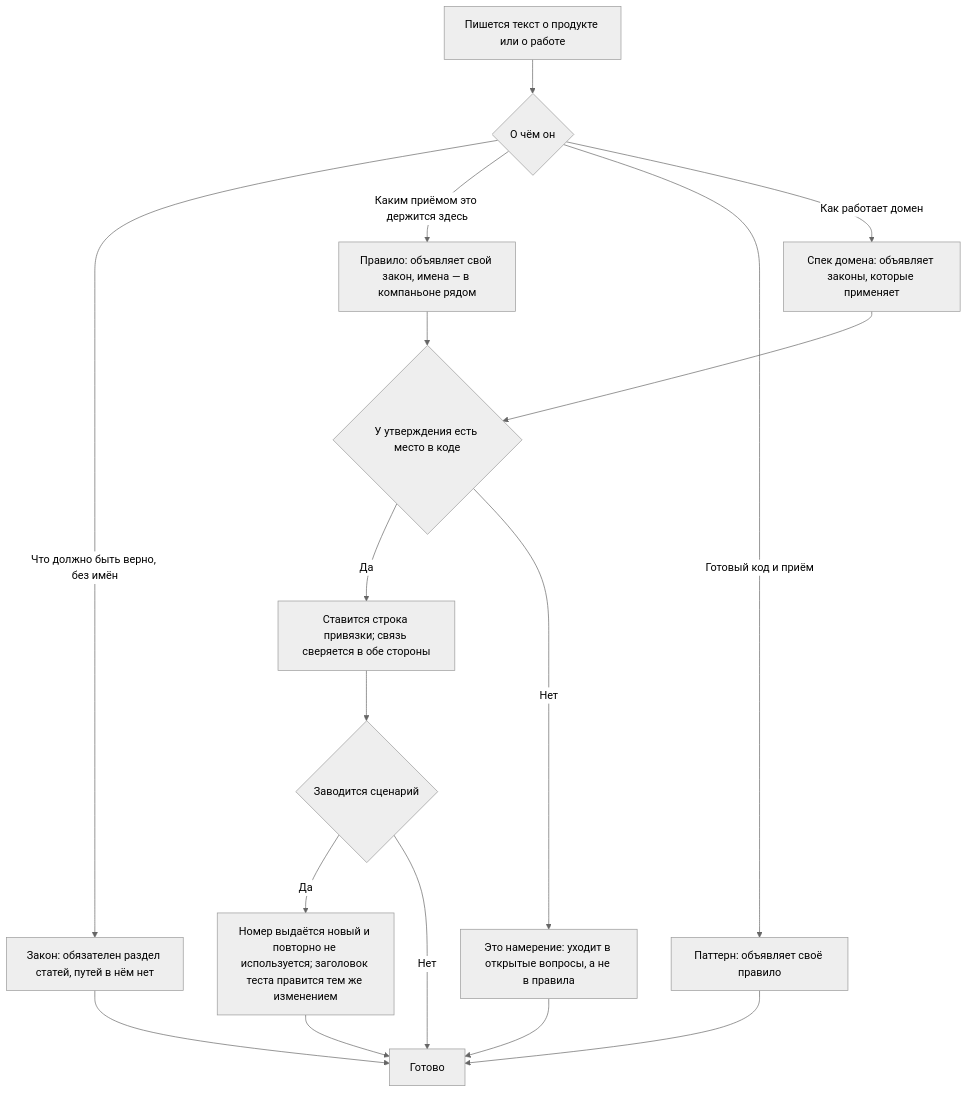
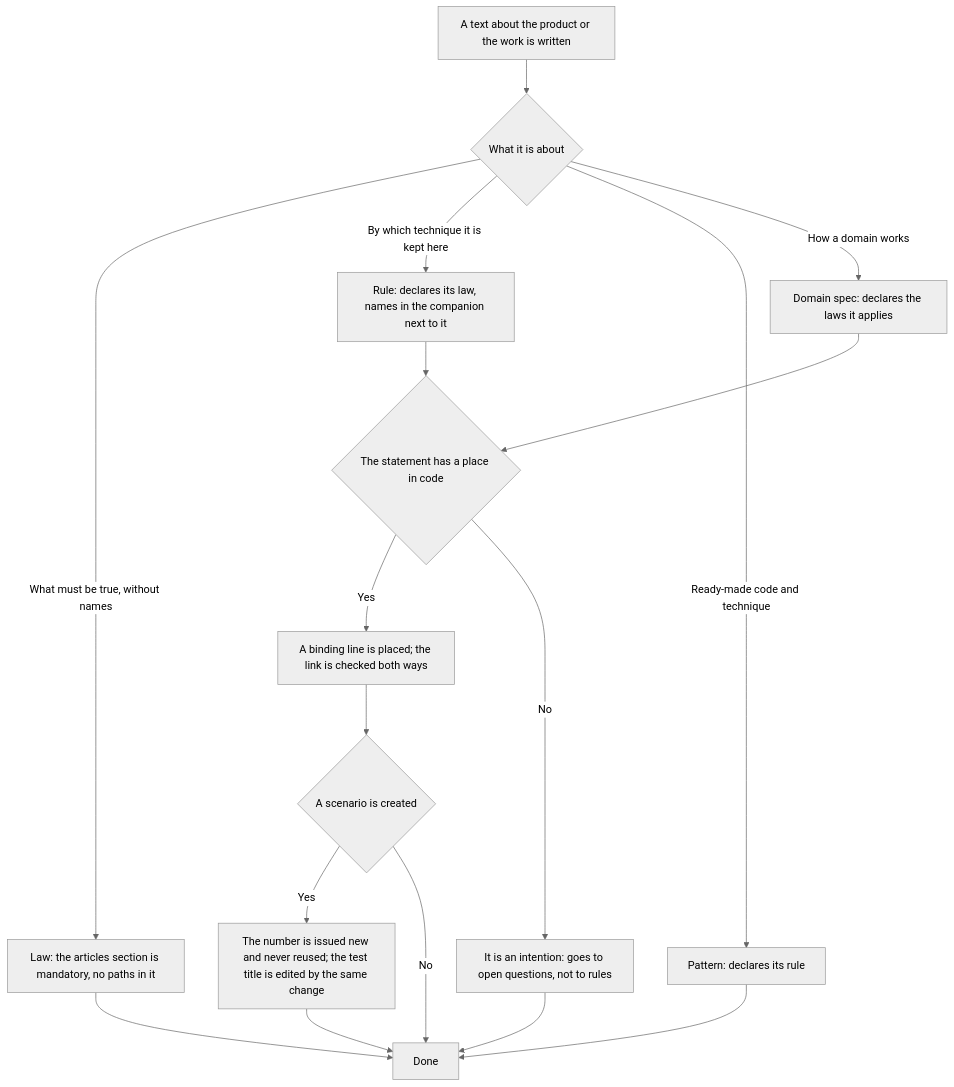
The diagram in .claude/skills/spec-driven/SKILL.md (Eyhenij/rt-tools), drawn with Mermaid (neutral theme) before and after one commit. The commit also changed other lines of this file and 71 other files, not shown here.

````diff
--- a/.claude/skills/spec-driven/SKILL.md
+++ b/.claude/skills/spec-driven/SKILL.md
@@ -69,19 +69,19 @@
 ```mermaid
 flowchart TD
-    A[Пишется текст о продукте или о работе] --> B{О чём он}
-    B -->|Что должно быть верно, без имён| C[Закон: обязателен раздел статей, путей в нём нет]
-    B -->|Каким приёмом это держится здесь| D[Правило: объявляет свой закон, имена — в компаньоне рядом]
-    B -->|Готовый код и приём| E[Паттерн: объявляет своё правило]
-    B -->|Как работает домен| F[Спек домена: объявляет законы, которые применяет]
-    D --> G{У утверждения есть место в коде}
+    A[A text about the product or the work is written] --> B{What it is about}
+    B -->|What must be true, without names| C[Law: the articles section is mandatory, no paths in it]
+    B -->|By which technique it is kept here| D[Rule: declares its law, names in the companion next to it]
+    B -->|Ready-made code and technique| E[Pattern: declares its rule]
+    B -->|How a domain works| F[Domain spec: declares the laws it applies]
+    D --> G{The statement has a place in code}
     F --> G
-    G -->|Да| H[Ставится строка привязки; связь сверяется в обе стороны]
-    G -->|Нет| I[Это намерение: уходит в открытые вопросы, а не в правила]
-    H --> J{Заводится сценарий}
-    J -->|Да| K[Номер выдаётся новый и повторно не используется; заголовок теста правится тем же изменением]
-    J -->|Нет| L[Готово]
+    G -->|Yes| H[A binding line is placed; the link is checked both ways]
+    G -->|No| I[It is an intention: goes to open questions, not to rules]
+    H --> J{A scenario is created}
+    J -->|Yes| K[The number is issued new and never reused; the test title is edited by the same change]
+    J -->|No| L[Done]
     C --> L
     E --> L
     K --> L
     I --> L
 ```
````
